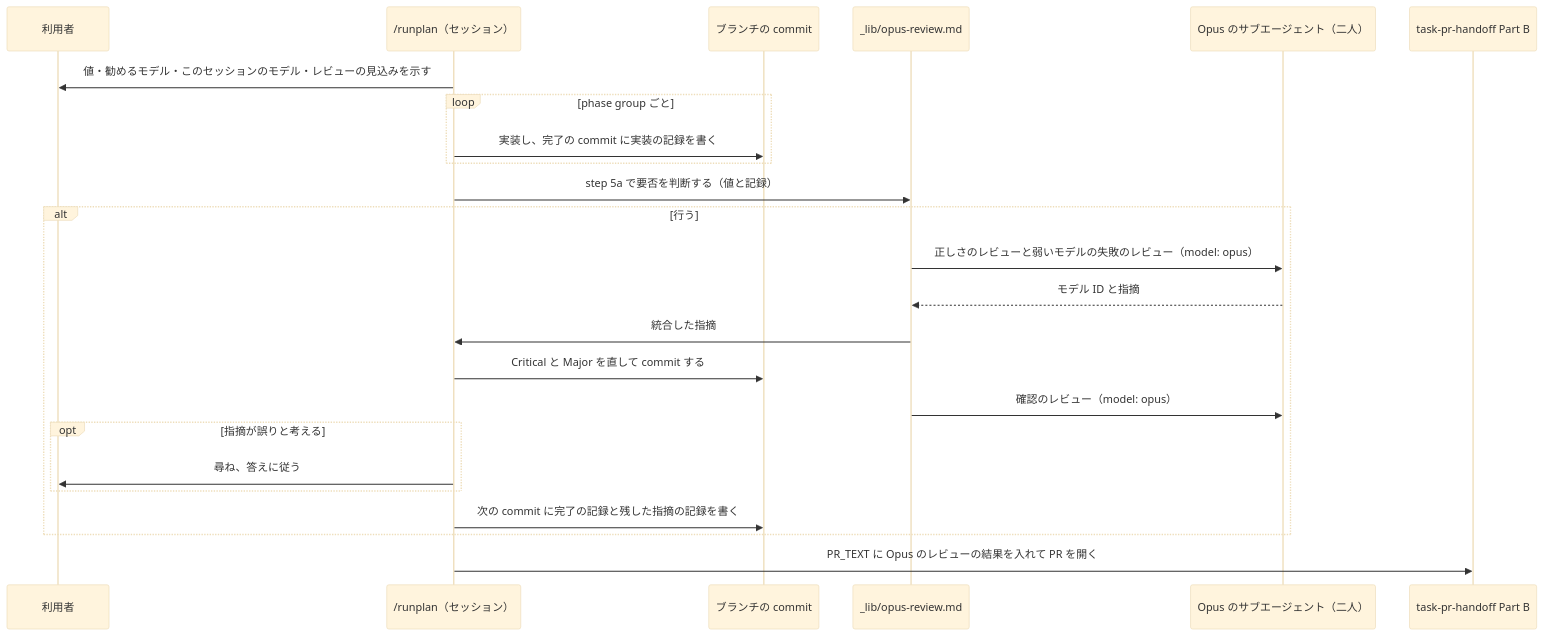
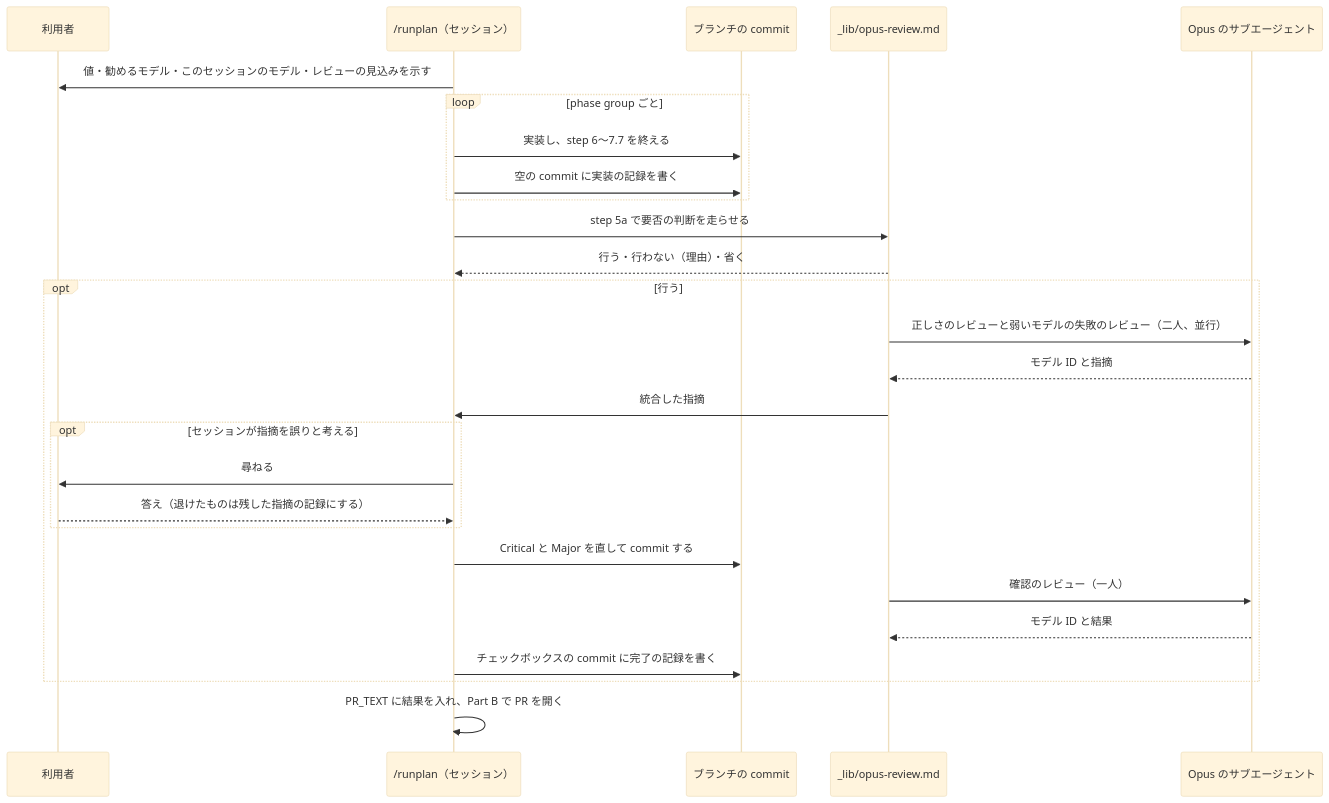
Before and after one commit to isseis/yt2column: the third of 5 diagrams in docs/tasks/0081_implementation_model_choice/02_architecture.md, drawn with Mermaid (base theme). The commit also changed other lines of this file and 1 other file, not shown here.

First line of the commit message:
docs(0081): address the architecture review and the Japanese prose pass

````diff
--- a/docs/tasks/0081_implementation_model_choice/02_architecture.md
+++ b/docs/tasks/0081_implementation_model_choice/02_architecture.md
@@ -181,27 +190,30 @@
 ```mermaid
 sequenceDiagram
     participant H as 利用者
     participant RP as /runplan（セッション）
     participant G as ブランチの commit
     participant OR as _lib/opus-review.md
-    participant A as Opus のサブエージェント（二人）
-    participant PB as task-pr-handoff Part B
+    participant A as Opus のサブエージェント
 
     RP->>H: 値・勧めるモデル・このセッションのモデル・レビューの見込みを示す
     loop phase group ごと
-        RP->>G: 実装し、完了の commit に実装の記録を書く
+        RP->>G: 実装し、step 6〜7.7 を終える
+        RP->>G: 空の commit に実装の記録を書く
     end
-    RP->>OR: step 5a で要否を判断する（値と記録）
-    alt 行う
-        OR->>A: 正しさのレビューと弱いモデルの失敗のレビュー（model: opus）
+    RP->>OR: step 5a で要否の判断を走らせる
+    OR-->>RP: 行う・行わない（理由）・省く
+    opt 行う
+        OR->>A: 正しさのレビューと弱いモデルの失敗のレビュー（二人、並行）
         A-->>OR: モデル ID と指摘
         OR->>RP: 統合した指摘
+        opt セッションが指摘を誤りと考える
+            RP->>H: 尋ねる
+            H-->>RP: 答え（退けたものは残した指摘の記録にする）
+        end
         RP->>G: Critical と Major を直して commit する
-        OR->>A: 確認のレビュー（model: opus）
-        opt 指摘が誤りと考える
-            RP->>H: 尋ね、答えに従う
-        end
-        RP->>G: 次の commit に完了の記録と残した指摘の記録を書く
+        OR->>A: 確認のレビュー（一人）
+        A-->>OR: モデル ID と結果
+        RP->>G: チェックボックスの commit に完了の記録を書く
     end
-    RP->>PB: PR_TEXT に Opus のレビューの結果を入れて PR を開く
+    RP->>RP: PR_TEXT に結果を入れ、Part B で PR を開く
 ```
````
